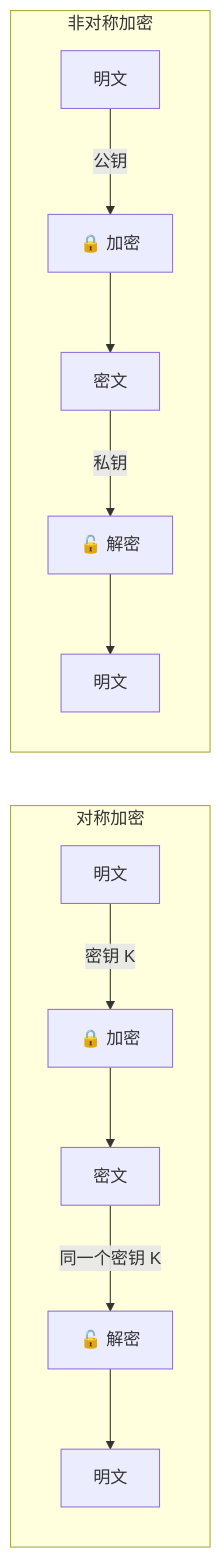
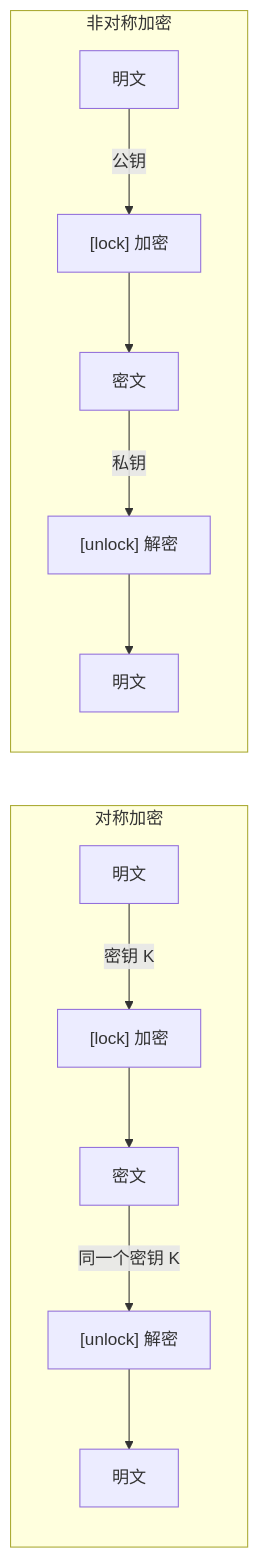
Before and after one commit to SKT-Shurima/NetworkMastery: the first of 4 diagrams in docs/guide/attacks/encryption.md, drawn with Mermaid. The commit also changed other lines of this file and 54 other files, not shown here.

````diff
--- a/docs/guide/attacks/encryption.md
+++ b/docs/guide/attacks/encryption.md
@@ -16,16 +16,16 @@
 ```mermaid
 graph LR
     subgraph "对称加密"
-        A1["明文"] -->|"密钥 K"| B1["🔒 加密"]
+        A1["明文"] -->|"密钥 K"| B1["[lock] 加密"]
         B1 --> C1["密文"]
-        C1 -->|"同一个密钥 K"| D1["🔓 解密"]
+        C1 -->|"同一个密钥 K"| D1["[unlock] 解密"]
         D1 --> E1["明文"]
     end
     
     subgraph "非对称加密"
-        A2["明文"] -->|"公钥"| B2["🔒 加密"]
+        A2["明文"] -->|"公钥"| B2["[lock] 加密"]
         B2 --> C2["密文"]
-        C2 -->|"私钥"| D2["🔓 解密"]
+        C2 -->|"私钥"| D2["[unlock] 解密"]
         D2 --> E2["明文"]
     end
 ```
````
